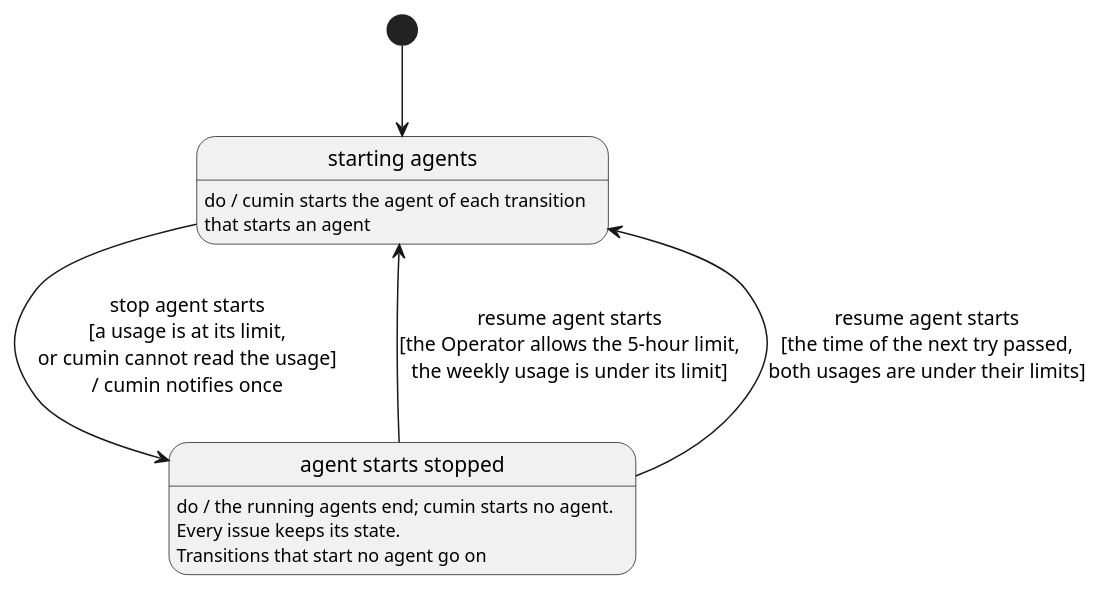
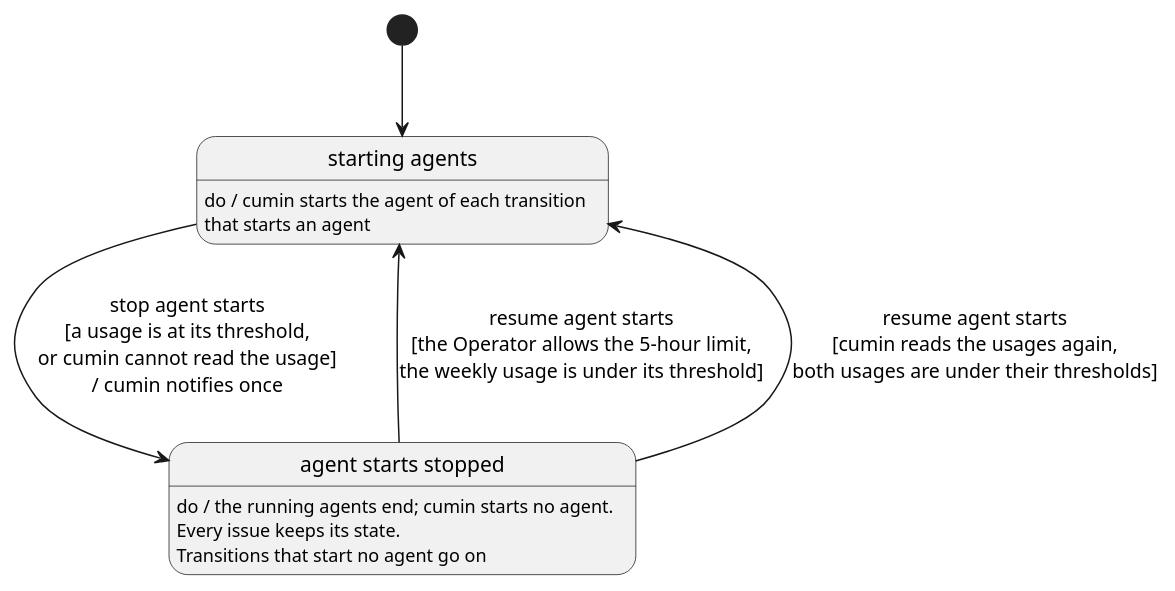
One commit to cloveclovedev/cumin-works changed the diagram in docs/ja/requirements/limit/overview.puml. Above: the diagram before and after it, drawn with PlantUML. The commit also changed 5 other files, not shown here.

First line of the commit message:
docs(requirements): focus LIMIT on how cumin judges the usage limits

```diff
--- a/docs/ja/requirements/limit/overview.puml
+++ b/docs/ja/requirements/limit/overview.puml
@@ -1,20 +1,20 @@
 @startuml overview
 ' cumin-works - the state of cumin itself for the agent starts under the usage limits.
 ' One instance for one cumin, kept on the Host, not on GitHub. It holds for every repository.
 ' A transition is written: action [guard] / what cumin does.
 ' Render: run scripts/render-diagrams.sh at the root of the repository.
 
 hide empty description
 
 state "starting agents" as Starting
 Starting : do / cumin starts the agent of each transition\nthat starts an agent
 
 state "agent starts stopped" as Stopped
 Stopped : do / the running agents end; cumin starts no agent.\nEvery issue keeps its state.\nTransitions that start no agent go on
 
 [*] --> Starting
-Starting --> Stopped : stop agent starts\n[a usage is at its limit,\nor cumin cannot read the usage]\n/ cumin notifies once
-Stopped --> Starting : resume agent starts\n[the Operator allows the 5-hour limit,\nthe weekly usage is under its limit]
-Stopped --> Starting : resume agent starts\n[the time of the next try passed,\nboth usages are under their limits]
+Starting --> Stopped : stop agent starts\n[a usage is at its threshold,\nor cumin cannot read the usage]\n/ cumin notifies once
+Stopped --> Starting : resume agent starts\n[the Operator allows the 5-hour limit,\nthe weekly usage is under its threshold]
+Stopped --> Starting : resume agent starts\n[cumin reads the usages again,\nboth usages are under their thresholds]
 
 @enduml
```
